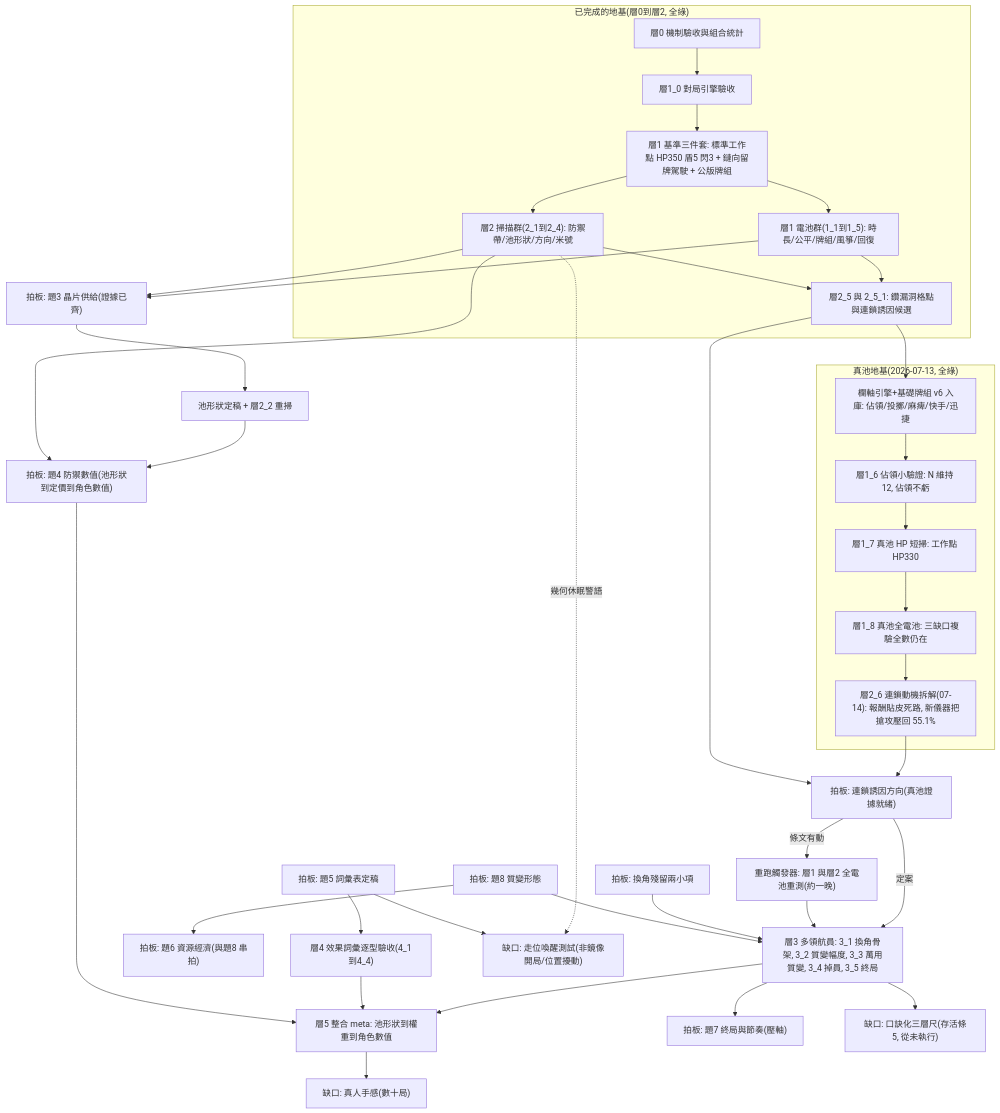
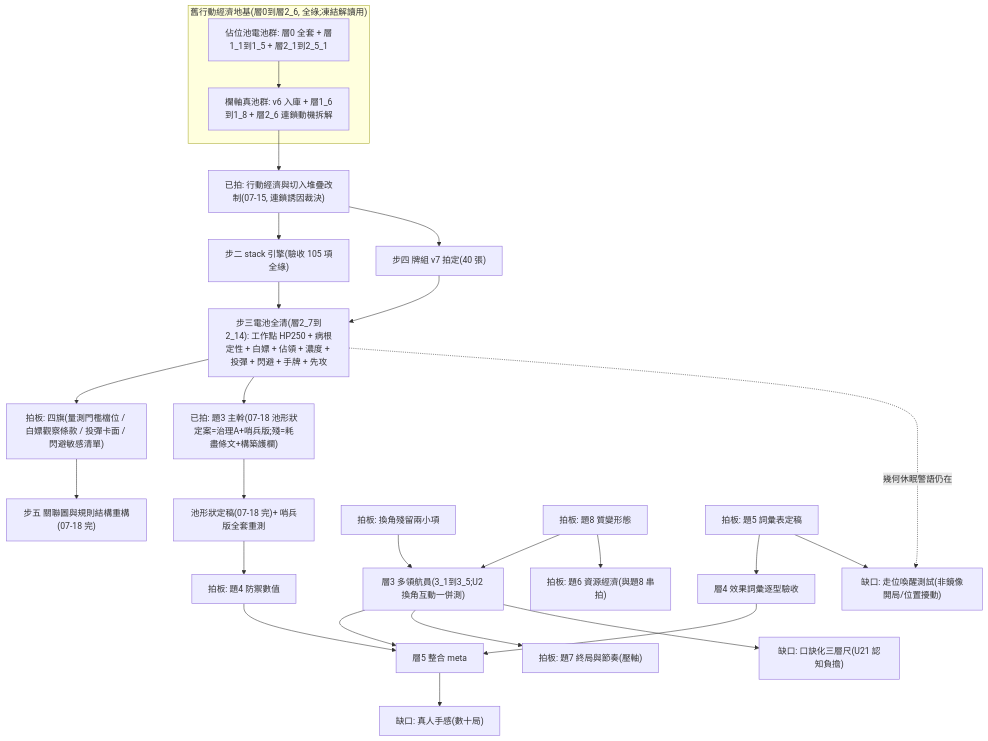
The diagram in content/4_驗證/0_索引.md (p4raw4ku/darrens-note-digo), drawn with Mermaid before and after one commit. The commit also changed other lines of this file and 398 other files, not shown here.

````diff
--- a/content/4_驗證/0_索引.md
+++ b/content/4_驗證/0_索引.md
@@ -91,52 +109,30 @@
 ```mermaid
 flowchart TB
-    subgraph DONE["已完成的地基(層0到層2, 全綠)"]
-        L0["層0 機制驗收與組合統計"]
-        L1E["層1_0 對局引擎驗收"]
-        BASE["層1 基準三件套: 標準工作點 HP350 盾5 閃3 + 鏈向留牌駕駛 + 公版牌組"]
-        L1B["層1 電池群(1_1到1_5): 時長/公平/牌組/風箏/回復"]
-        L2B["層2 掃描群(2_1到2_4): 防禦帶/池形狀/方向/米號"]
-        EXP["層2_5 與 2_5_1: 鑽漏洞格點與連鎖誘因候選"]
-        L0 --> L1E --> BASE
-        BASE --> L1B
-        BASE --> L2B
-        L1B --> EXP
-        L2B --> EXP
+    subgraph OLDE["舊行動經濟地基(層0到層2_6, 全綠;凍結解讀用)"]
+        OLD1["佔位池電池群: 層0 全套 + 層1_1到1_5 + 層2_1到2_5_1"]
+        OLD2["欄軸真池群: v6 入庫 + 層1_6到1_8 + 層2_6 連鎖動機拆解"]
+        OLD1 --> OLD2
     end
-
-    subgraph V6D["真池地基(2026-07-13, 全綠)"]
-        GRID["欄軸引擎+基礎牌組 v6 入庫: 佔領/投擲/麻痺/快手/迅捷"]
-        L16["層1_6 佔領小驗證: N 維持 12, 佔領不虧"]
-        L17["層1_7 真池 HP 短掃: 工作點 HP330"]
-        L18["層1_8 真池全電池: 三缺口複驗全數仍在"]
-        L26["層2_6 連鎖動機拆解(07-14): 報酬貼皮死路, 新儀器把搶攻壓回 55.1%"]
-        GRID --> L16 --> L17 --> L18 --> L26
-    end
-    EXP --> GRID
-    L26 --> G1
-    EXP --> G1["拍板: 連鎖誘因方向(真池證據就緒)"]
-    G1 -->|條文有動| RERUN["重跑觸發器: 層1 與層2 全電池重測(約一晚)"]
-    G1 -->|定案| L3["層3 多領航員: 3_1 換角骨架, 3_2 質變幅度, 3_3 萬用質變, 3_4 掉員, 3_5 終局"]
-    RERUN --> L3
-    G2R["拍板: 換角殘留兩小項"] --> L3
+    OLD2 --> D1["已拍: 行動經濟與切入堆疊改制(07-15, 連鎖誘因裁決)"]
+    D1 --> S2["步二 stack 引擎(驗收 105 項全綠)"]
+    D1 --> S4["步四 牌組 v7 拍定(40 張)"]
+    S2 --> BAT["步三電池全清(層2_7到2_14): 工作點 HP250 + 病根定性 + 白嫖 + 佔領 + 濃度 + 投彈 + 閃避 + 手牌 + 先攻"]
+    S4 --> BAT
+    BAT --> F1["拍板: 四旗(量測門檻檔位 / 白嫖觀察條款 / 投彈卡面 / 閃避敏感清單)"]
+    BAT --> G3["已拍: 題3 主幹(07-18 池形狀定案=治理A+哨兵版;殘=耗盡條文+構築護欄)"]
+    F1 --> STEP5["步五 關聯圖與規則結構重構(07-18 完)"]
+    G3 --> POOLF["池形狀定稿(07-18 完)+ 哨兵版全套重測"]
+    POOLF --> G4["拍板: 題4 防禦數值"]
+    G2R["拍板: 換角殘留兩小項"] --> L3["層3 多領航員(3_1到3_5;U2 換角互動一併測)"]
     G8["拍板: 題8 質變形態"] --> L3
     G8 --> G6["拍板: 題6 資源經濟(與題8 串拍)"]
-
-    L1B --> G3["拍板: 題3 晶片供給(證據已齊)"]
-    L2B --> G3
-    G3 --> POOLF["池形狀定稿 + 層2_2 重掃"]
-    POOLF --> G4["拍板: 題4 防禦數值(池形狀到定價到角色數值)"]
-    L2B --> G4
-
-    G5["拍板: 題5 詞彙表定稿"] --> L4["層4 效果詞彙逐型驗收(4_1到4_4)"]
-
-    L3 --> L5["層5 整合 meta: 池形狀到權重到角色數值"]
+    G5["拍板: 題5 詞彙表定稿"] --> L4["層4 效果詞彙逐型驗收"]
+    L3 --> L5["層5 整合 meta"]
     L4 --> L5
     G4 --> L5
     L3 --> G7["拍板: 題7 終局與節奏(壓軸)"]
-
-    L2B -. 幾何休眠警語 .-> MOVE["缺口: 走位喚醒測試(非鏡像開局/位置擾動)"]
+    BAT -. 幾何休眠警語仍在 .-> MOVE["缺口: 走位喚醒測試(非鏡像開局/位置擾動)"]
     G5 --> MOVE
-    L3 --> MOTTO["缺口: 口訣化三層尺(存活條5, 從未執行)"]
+    L3 --> MOTTO["缺口: 口訣化三層尺(U21 認知負擔)"]
     L5 --> HUMAN["缺口: 真人手感(數十局)"]
 ```
````
